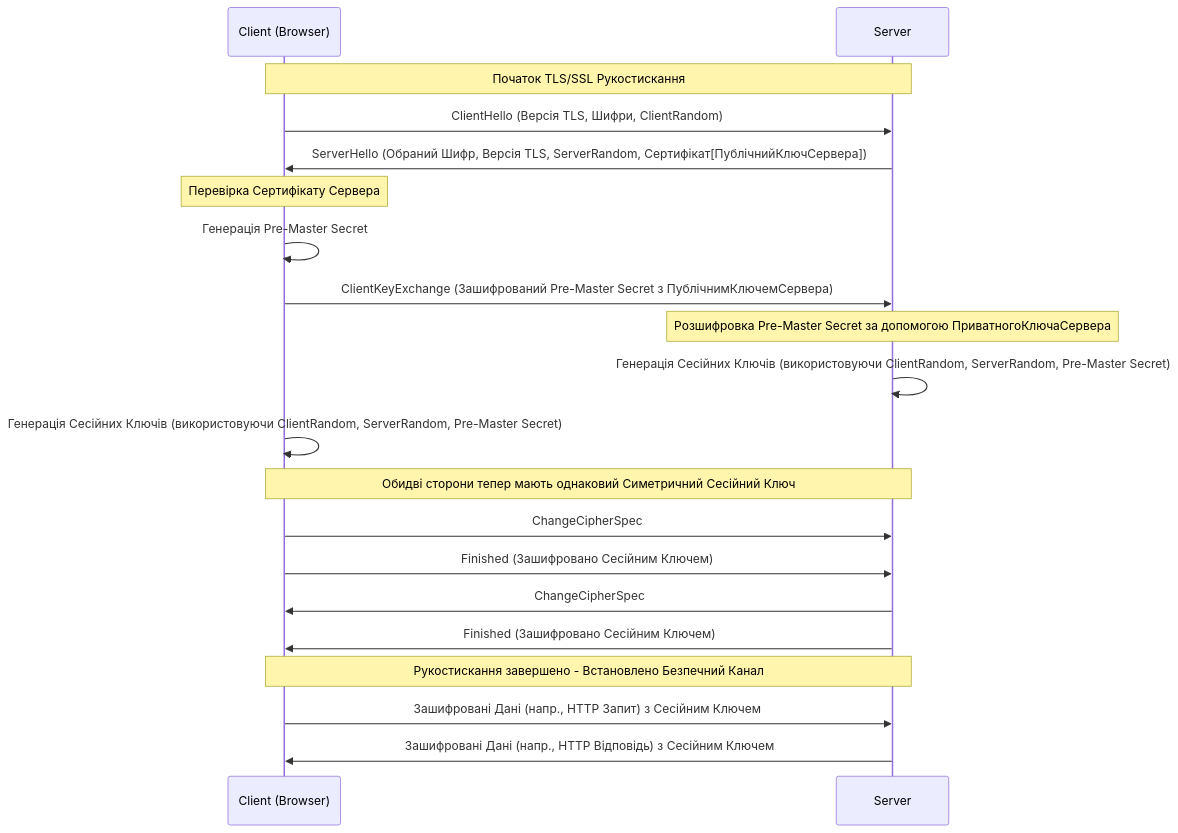
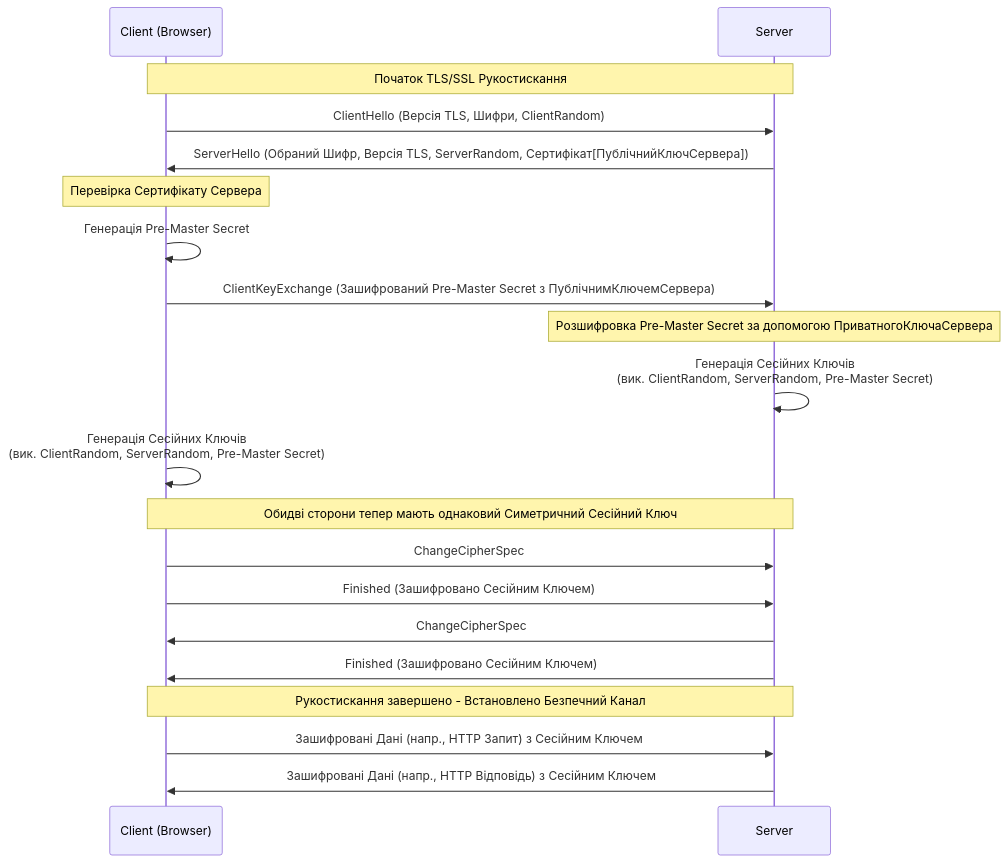
The diagram in docs/Browser-To-Backend.md (membound/tech-tips), drawn with Mermaid before and after one commit.

Commit message:
fix: decrease diagram width

````diff
--- a/docs/Browser-To-Backend.md
+++ b/docs/Browser-To-Backend.md
@@ -49,31 +49,31 @@
     ```mermaid
     sequenceDiagram
         participant C as Client (Browser)
         participant S as Server
 
         Note over C,S: Початок TLS/SSL Рукостискання
 
         C->>S: ClientHello (Версія TLS, Шифри, ClientRandom)
         S->>C: ServerHello (Обраний Шифр, Версія TLS, ServerRandom, Сертифікат[ПублічнийКлючСервера])
 
         Note over C: Перевірка Сертифікату Сервера
         C->>C: Генерація Pre-Master Secret
         C->>S: ClientKeyExchange (Зашифрований Pre-Master Secret з ПублічнимКлючемСервера)
 
         Note over S: Розшифровка Pre-Master Secret за допомогою ПриватногоКлючаСервера
-        S->>S: Генерація Сесійних Ключів (використовуючи ClientRandom, ServerRandom, Pre-Master Secret)
-        C->>C: Генерація Сесійних Ключів (використовуючи ClientRandom, ServerRandom, Pre-Master Secret)
+        S->>S: Генерація Сесійних Ключів <br/>(вик. ClientRandom, ServerRandom, Pre-Master Secret)
+        C->>C: Генерація Сесійних Ключів <br/>(вик. ClientRandom, ServerRandom, Pre-Master Secret)
 
         Note over C,S: Обидві сторони тепер мають однаковий Симетричний Сесійний Ключ
 
         C->>S: ChangeCipherSpec
         C->>S: Finished (Зашифровано Сесійним Ключем)
 
         S->>C: ChangeCipherSpec
         S->>C: Finished (Зашифровано Сесійним Ключем)
 
         Note over C,S: Рукостискання завершено - Встановлено Безпечний Канал
 
         C->>S: Зашифровані Дані (напр., HTTP Запит) з Сесійним Ключем
         S->>C: Зашифровані Дані (напр., HTTP Відповідь) з Сесійним Ключем
     ```
````
